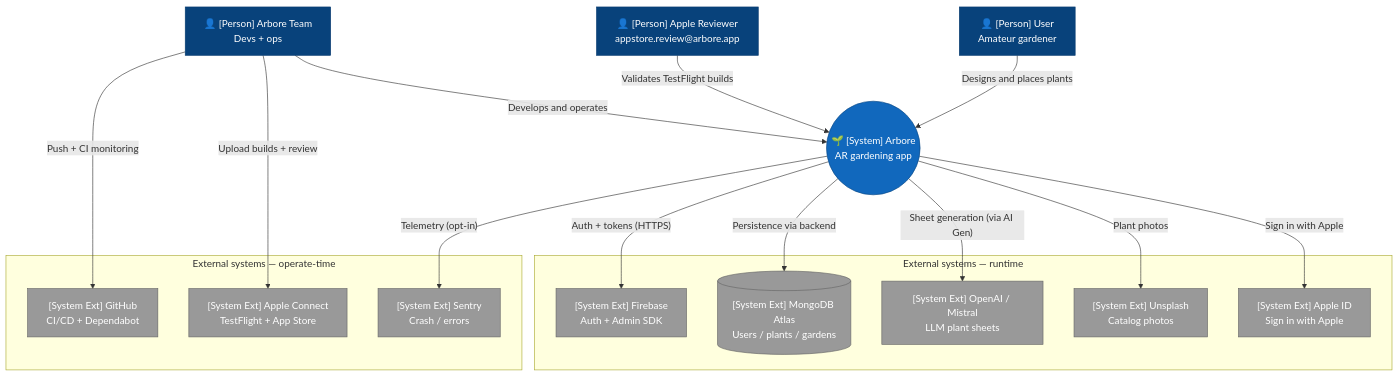
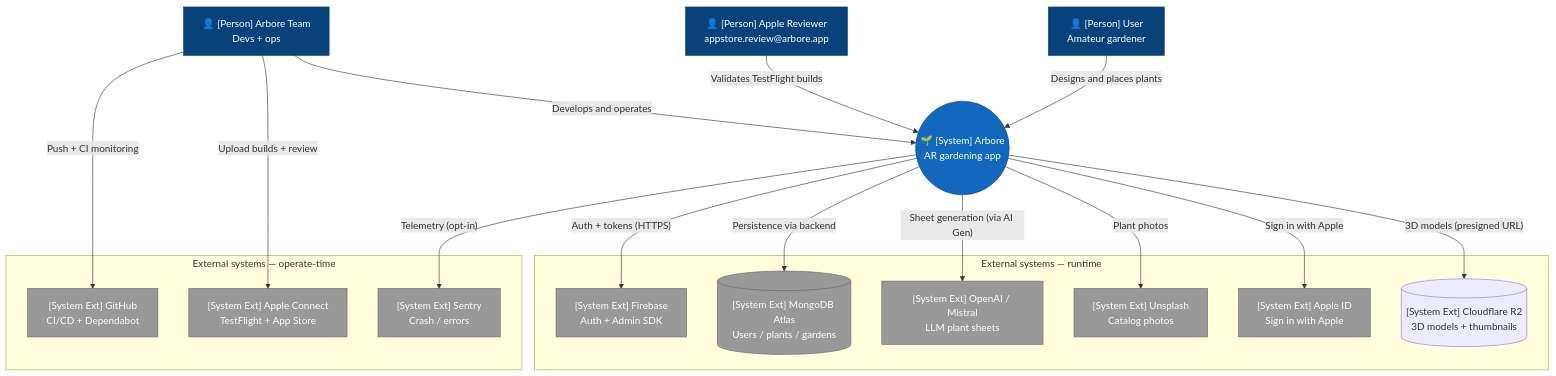
The diagram in docs/en/architecture/01-context.md (ArboreTeam/Arbore), drawn with Mermaid before and after one commit. The commit also changed 11 other files, not shown here.

````diff
--- a/docs/en/architecture/01-context.md
+++ b/docs/en/architecture/01-context.md
@@ -9,47 +9,49 @@
 ```mermaid
 flowchart TB
     %% Actors
     user["👤 [Person] User<br/>Amateur gardener"]
     reviewer["👤 [Person] Apple Reviewer<br/>appstore.review@arbore.app"]
     team["👤 [Person] Arbore Team<br/>Devs + ops"]
 
     %% Central system
     arbore(("🌱 [System] Arbore<br/>AR gardening app"))
 
     %% External systems — runtime
     subgraph runtime["External systems — runtime"]
         firebase["[System Ext] Firebase<br/>Auth + Admin SDK"]
         mongo[("[System Ext] MongoDB Atlas<br/>Users / plants / gardens")]
         openai["[System Ext] OpenAI / Mistral<br/>LLM plant sheets"]
         unsplash["[System Ext] Unsplash<br/>Catalog photos"]
         apple_id["[System Ext] Apple ID<br/>Sign in with Apple"]
+        r2[("[System Ext] Cloudflare R2<br/>3D models + thumbnails")]
     end
 
     %% External systems — operate-time
     subgraph operate["External systems — operate-time"]
         github["[System Ext] GitHub<br/>CI/CD + Dependabot"]
         appstore["[System Ext] Apple Connect<br/>TestFlight + App Store"]
         sentry["[System Ext] Sentry<br/>Crash / errors"]
     end
 
     user      -- "Designs and places plants"          --> arbore
     reviewer  -- "Validates TestFlight builds"         --> arbore
     team      -- "Develops and operates"               --> arbore
 
     arbore    -- "Auth + tokens (HTTPS)"               --> firebase
     arbore    -- "Sign in with Apple"                  --> apple_id
     arbore    -- "Persistence via backend"             --> mongo
     arbore    -- "Sheet generation (via AI Gen)"       --> openai
     arbore    -- "Plant photos"                        --> unsplash
+    arbore    -- "3D models (presigned URL)"           --> r2
     arbore    -- "Telemetry (opt-in)"                  --> sentry
 
     team      -- "Push + CI monitoring"                --> github
     team      -- "Upload builds + review"              --> appstore
 
     classDef person fill:#08427B,stroke:#073B6F,color:#fff
     classDef system fill:#1168BD,stroke:#0B4884,color:#fff
     classDef ext    fill:#999,stroke:#666,color:#fff
     class user,reviewer,team person
     class arbore system
     class firebase,mongo,openai,unsplash,apple_id,github,appstore,sentry ext
 ```
````
